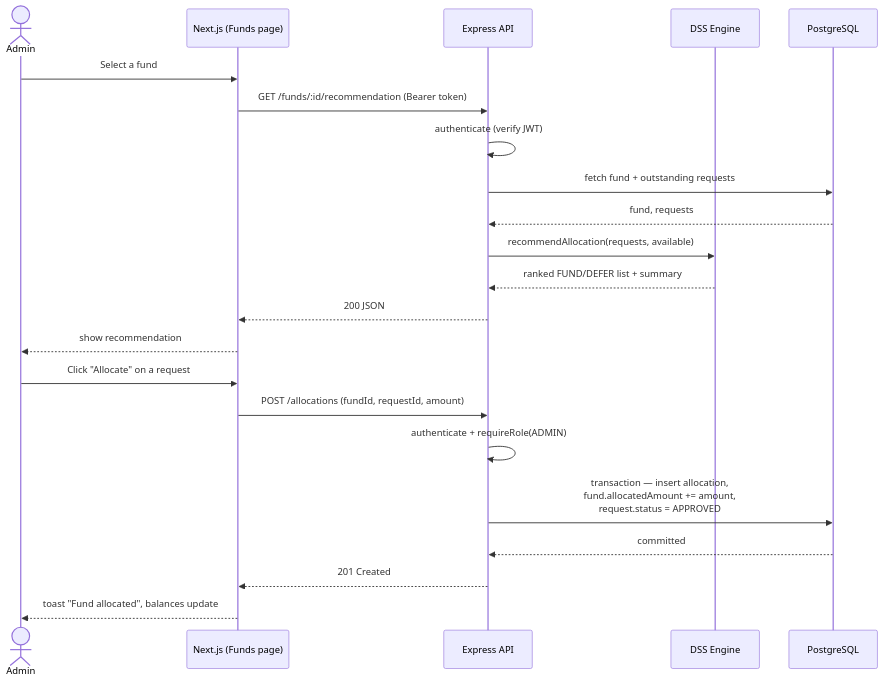
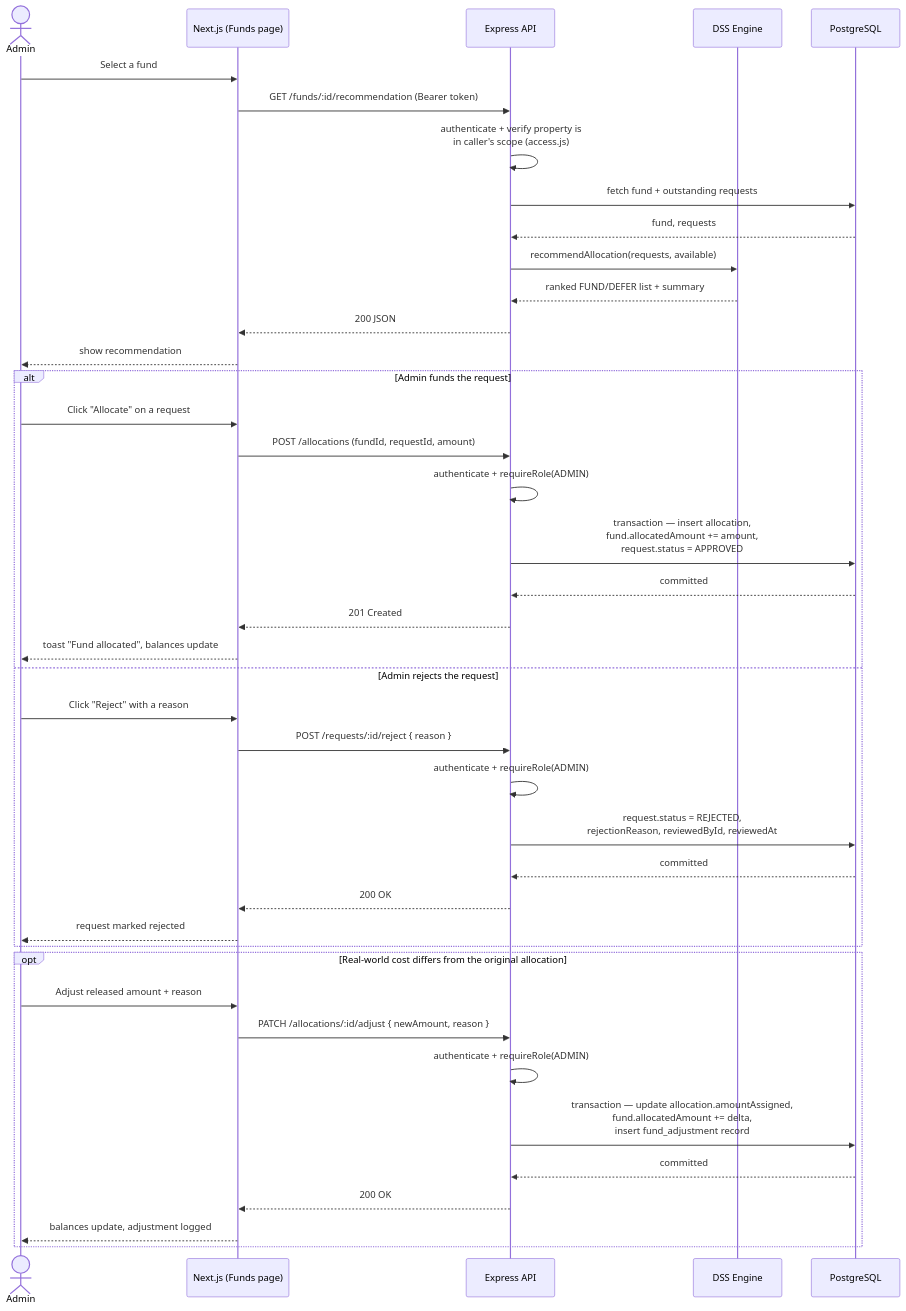
Before and after one commit to Eseohenobhen/property-dss: the ninth of 10 diagrams in docs/diagrams.md, drawn with Mermaid. The commit also changed other lines of this file and 19 other files, not shown here.

Commit message:
updated diagrams and images

````diff
--- a/docs/diagrams.md
+++ b/docs/diagrams.md
@@ -272,26 +335,46 @@
 ```mermaid
 sequenceDiagram
   actor Admin
   participant FE as Next.js (Funds page)
   participant API as Express API
   participant DSS as DSS Engine
   participant DB as PostgreSQL
 
   Admin->>FE: Select a fund
   FE->>API: GET /funds/:id/recommendation (Bearer token)
-  API->>API: authenticate (verify JWT)
+  API->>API: authenticate + verify property is<br/>in caller's scope (access.js)
   API->>DB: fetch fund + outstanding requests
   DB-->>API: fund, requests
   API->>DSS: recommendAllocation(requests, available)
   DSS-->>API: ranked FUND/DEFER list + summary
   API-->>FE: 200 JSON
   FE-->>Admin: show recommendation
 
-  Admin->>FE: Click "Allocate" on a request
-  FE->>API: POST /allocations (fundId, requestId, amount)
-  API->>API: authenticate + requireRole(ADMIN)
-  API->>DB: transaction — insert allocation,<br/>fund.allocatedAmount += amount,<br/>request.status = APPROVED
-  DB-->>API: committed
-  API-->>FE: 201 Created
-  FE-->>Admin: toast "Fund allocated", balances update
+  alt Admin funds the request
+    Admin->>FE: Click "Allocate" on a request
+    FE->>API: POST /allocations (fundId, requestId, amount)
+    API->>API: authenticate + requireRole(ADMIN)
+    API->>DB: transaction — insert allocation,<br/>fund.allocatedAmount += amount,<br/>request.status = APPROVED
+    DB-->>API: committed
+    API-->>FE: 201 Created
+    FE-->>Admin: toast "Fund allocated", balances update
+  else Admin rejects the request
+    Admin->>FE: Click "Reject" with a reason
+    FE->>API: POST /requests/:id/reject { reason }
+    API->>API: authenticate + requireRole(ADMIN)
+    API->>DB: request.status = REJECTED,<br/>rejectionReason, reviewedById, reviewedAt
+    DB-->>API: committed
+    API-->>FE: 200 OK
+    FE-->>Admin: request marked rejected
+  end
+
+  opt Real-world cost differs from the original allocation
+    Admin->>FE: Adjust released amount + reason
+    FE->>API: PATCH /allocations/:id/adjust { newAmount, reason }
+    API->>API: authenticate + requireRole(ADMIN)
+    API->>DB: transaction — update allocation.amountAssigned,<br/>fund.allocatedAmount += delta,<br/>insert fund_adjustment record
+    DB-->>API: committed
+    API-->>FE: 200 OK
+    FE-->>Admin: balances update, adjustment logged
+  end
 ```
````
